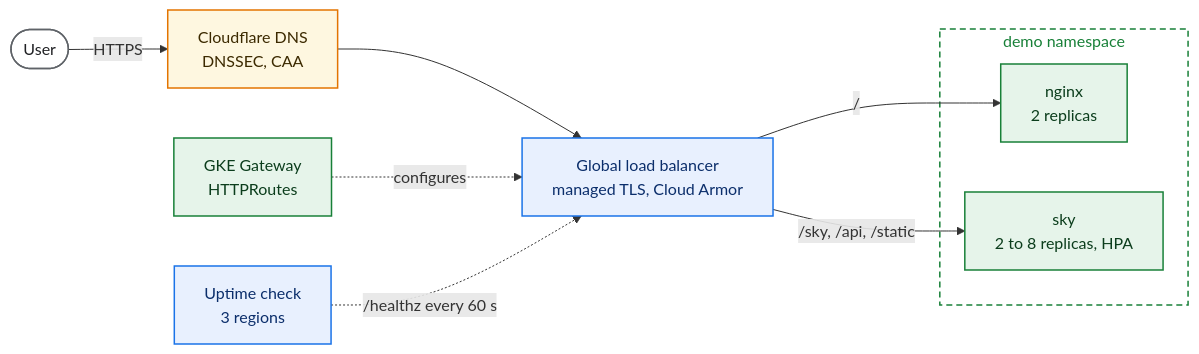
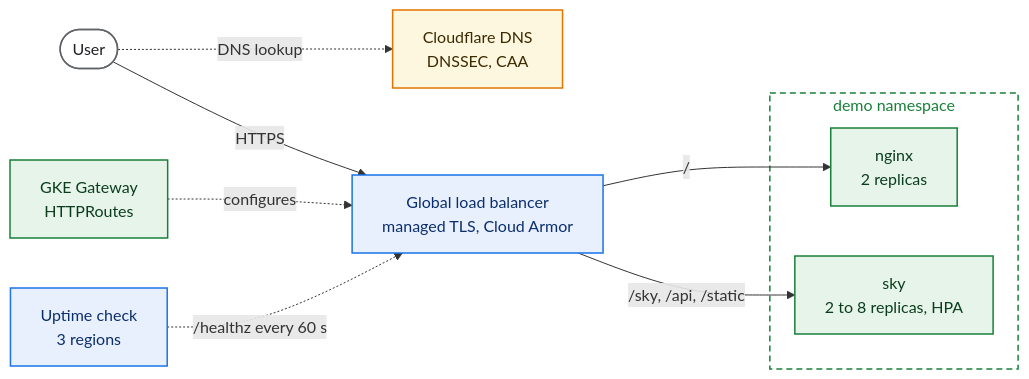
Before and after one commit to sindredg/gke-lab: the first of 2 diagrams in README.md, drawn with Mermaid. The commit also changed other lines of this file and 17 other files, not shown here.

````diff
--- a/README.md
+++ b/README.md
@@ -46,31 +87,30 @@
 ```mermaid
 flowchart LR
     user(["User"])
     dns["Cloudflare DNS<br/>DNSSEC, CAA"]
     lb["Global load balancer<br/>managed TLS, Cloud Armor"]
     gw["GKE Gateway<br/>HTTPRoutes"]
     uptime["Uptime check<br/>3 regions"]
 
     subgraph demo["demo namespace"]
         nginx["nginx<br/>2 replicas"]
         sky["sky<br/>2 to 8 replicas, HPA"]
     end
 
-    user -- "HTTPS" --> dns --> lb
+    user -. "DNS lookup" .-> dns
+    user -- "HTTPS" --> lb
     lb -- "/" --> nginx
     lb -- "/sky, /api, /static" --> sky
     gw -. "configures" .-> lb
     uptime -. "/healthz every 60 s" .-> lb
 
     classDef actor fill:#FFFFFF,stroke:#5F6368,stroke-width:1.5px,color:#202124
     classDef ext fill:#FEF7E0,stroke:#E37400,stroke-width:1.5px,color:#3C2A00
     classDef gcp fill:#E8F0FE,stroke:#1A73E8,stroke-width:1.5px,color:#0B2E6B
     classDef k8s fill:#E6F4EA,stroke:#188038,stroke-width:1.5px,color:#0B3D1C
-    classDef ai fill:#F3E8FD,stroke:#8430CE,stroke-width:1.5px,color:#3B0E6B
-    classDef alert fill:#FCE8E6,stroke:#C5221F,stroke-width:1.5px,color:#5C0B09
     class user actor
     class dns ext
     class lb,uptime gcp
     class gw,nginx,sky k8s
     style demo fill:none,stroke:#188038,stroke-width:1.5px,stroke-dasharray:6 4,color:#188038
 ```
````
